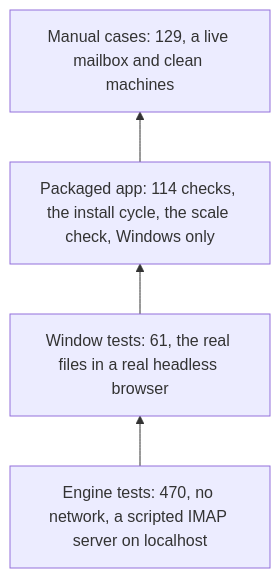
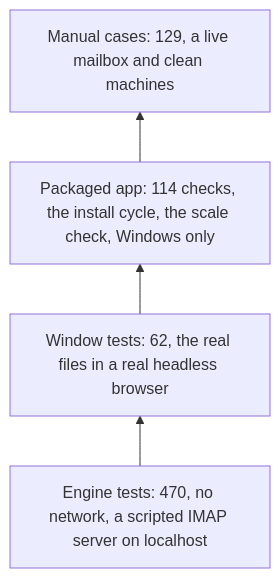
One commit to SarangVehale/email-todolist changed the first of 2 diagrams in docs/testing/strategy.md. Above: the diagram before and after it, drawn with Mermaid. The commit also changed other lines of this file and 16 other files, not shown here.

````diff
--- a/docs/testing/strategy.md
+++ b/docs/testing/strategy.md
@@ -24,6 +24,6 @@
 ```mermaid
 flowchart BT
-    E["Engine tests: 470, no network, a scripted IMAP server on localhost"] --> W["Window tests: 61, the real files in a real headless browser"]
+    E["Engine tests: 470, no network, a scripted IMAP server on localhost"] --> W["Window tests: 62, the real files in a real headless browser"]
     W --> P["Packaged app: 114 checks, the install cycle, the scale check, Windows only"]
     P --> M["Manual cases: 129, a live mailbox and clean machines"]
 ```
````
